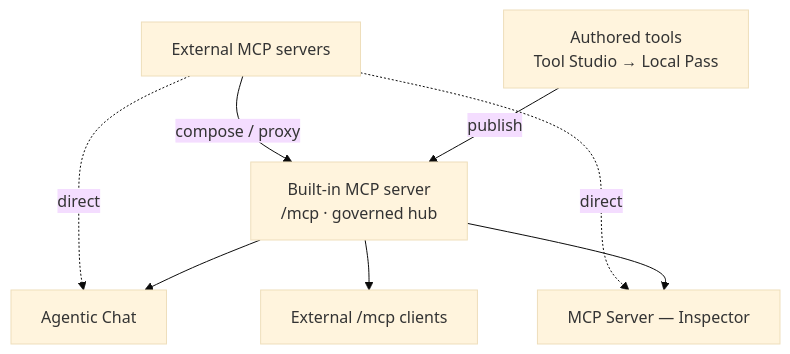
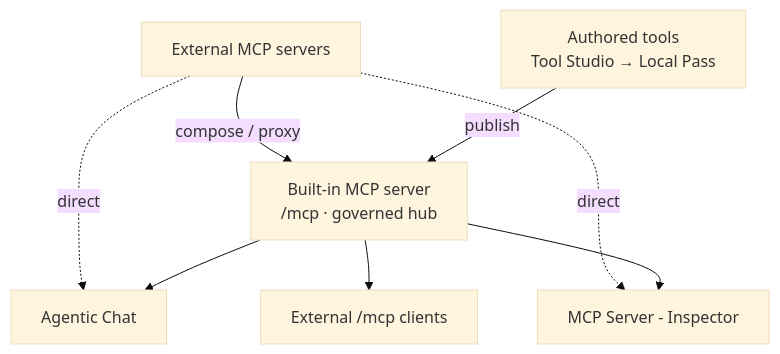
Before and after one commit to spring-ai-community/spring-ai-playground: the first of 9 diagrams in docs/architecture.md, drawn with Mermaid (base theme). The commit also changed other lines of this file and 67 other files, not shown here.

````diff
--- a/docs/architecture.md
+++ b/docs/architecture.md
@@ -23,12 +23,12 @@
 ```mermaid
 flowchart TB
     AUTH["Authored tools<br/>Tool Studio → Local Pass"] -->|"publish"| BUILTIN["Built-in MCP server<br/>/mcp · governed hub"]
     EXT["External MCP servers"] -->|"compose / proxy"| BUILTIN
 
     BUILTIN --> CHAT["Agentic Chat"]
-    BUILTIN --> INSP["MCP Server — Inspector"]
+    BUILTIN --> INSP["MCP Server - Inspector"]
     BUILTIN --> EXTC["External /mcp clients"]
 
     EXT -.->|"direct"| CHAT
     EXT -.->|"direct"| INSP
 ```
````
